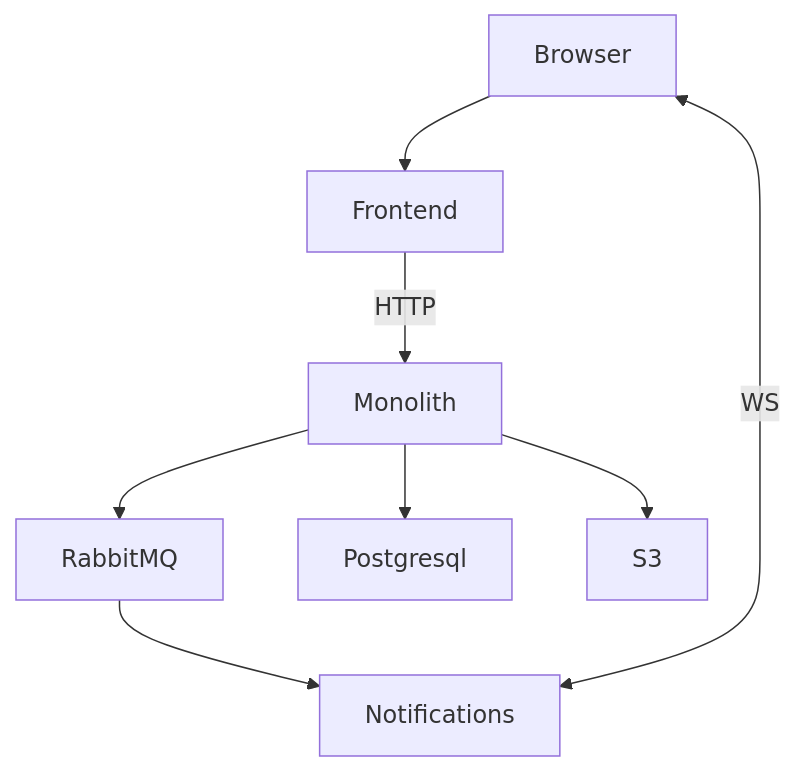
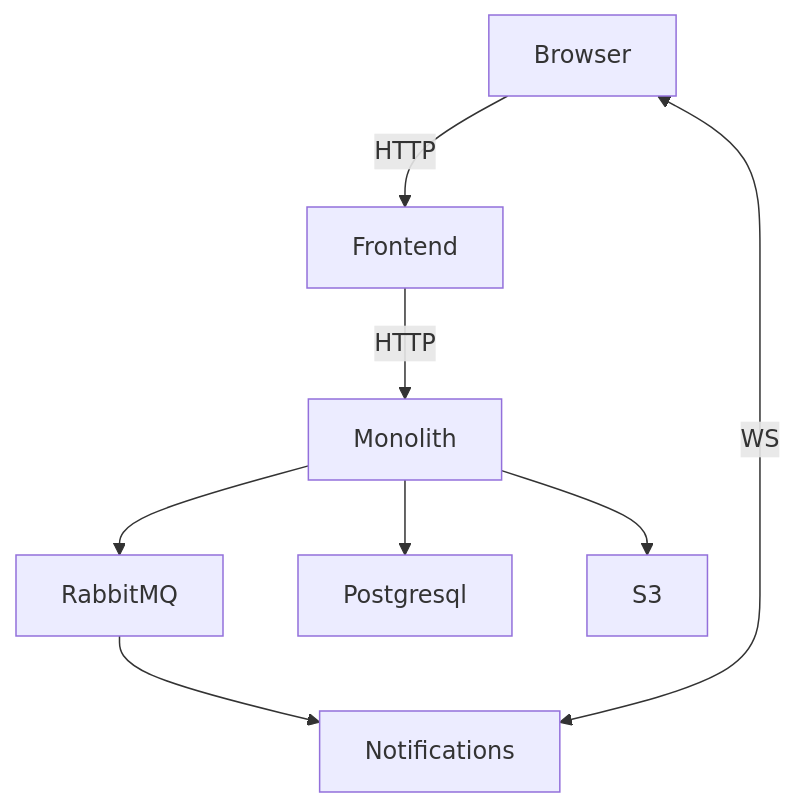
Before and after one commit to PickNRolls/nosebook: the diagram in README.md, drawn with Mermaid.

````diff
--- a/README.md
+++ b/README.md
@@ -55,11 +55,11 @@
 ```mermaid
 flowchart
 Monolith --> RabbitMQ
 Monolith --> Postgresql
 Monolith --> S3
 RabbitMQ --> N[Notifications]
 
 Browser <-- WS --> N
 Frontend -- HTTP --> Monolith
-Browser --> Frontend
+Browser -- HTTP --> Frontend
 ```
````
